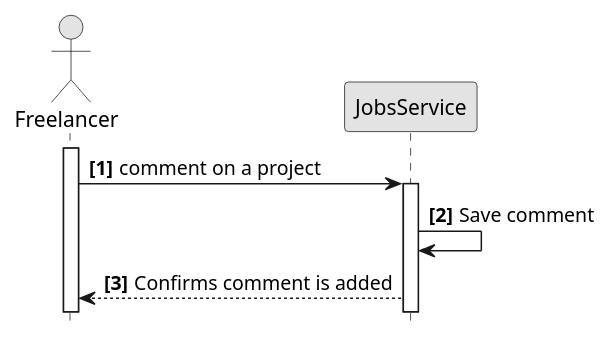
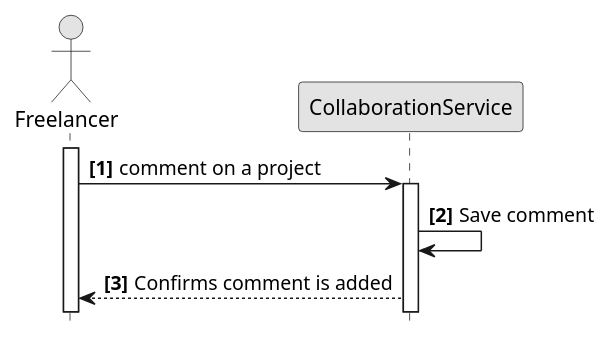
Before and after one commit to converge-app/diagrams: the diagram in src/software-architecture/sequence/freelancer-flow/comment-project.pu, drawn with PlantUML. The commit also changed 7 other files, not shown here.

```diff
--- a/src/software-architecture/sequence/freelancer-flow/comment-project.pu
+++ b/src/software-architecture/sequence/freelancer-flow/comment-project.pu
@@ -1,16 +1,16 @@
 @startuml
 hide footbox
 autonumber "<b>[0]"
 skinparam monochrome true
 
 actor Freelancer
-participant JobsService
+participant CollaborationService
 
 activate Freelancer
-Freelancer -> JobsService: comment on a project
+Freelancer -> CollaborationService: comment on a project
 
-activate JobsService
-JobsService -> JobsService: Save comment
-JobsService --> Freelancer: Confirms comment is added
+activate CollaborationService
+CollaborationService -> CollaborationService: Save comment
+CollaborationService --> Freelancer: Confirms comment is added
 
 @enduml
```
